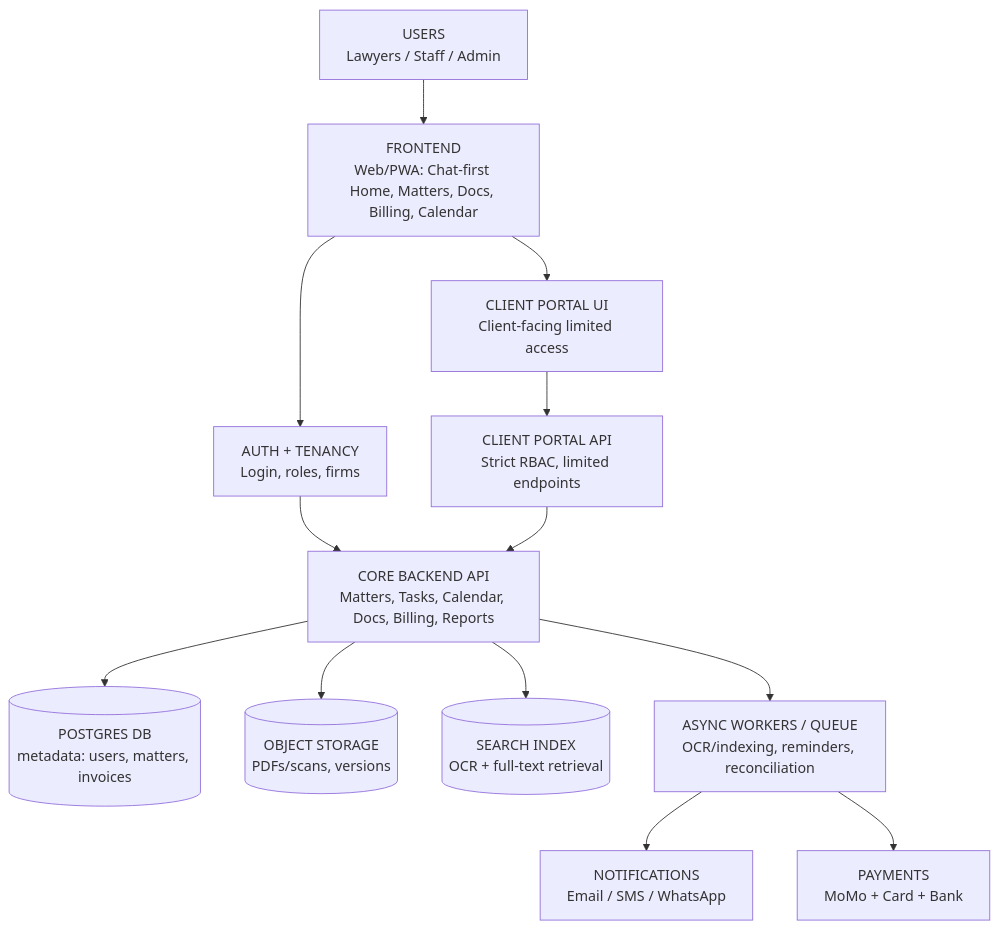
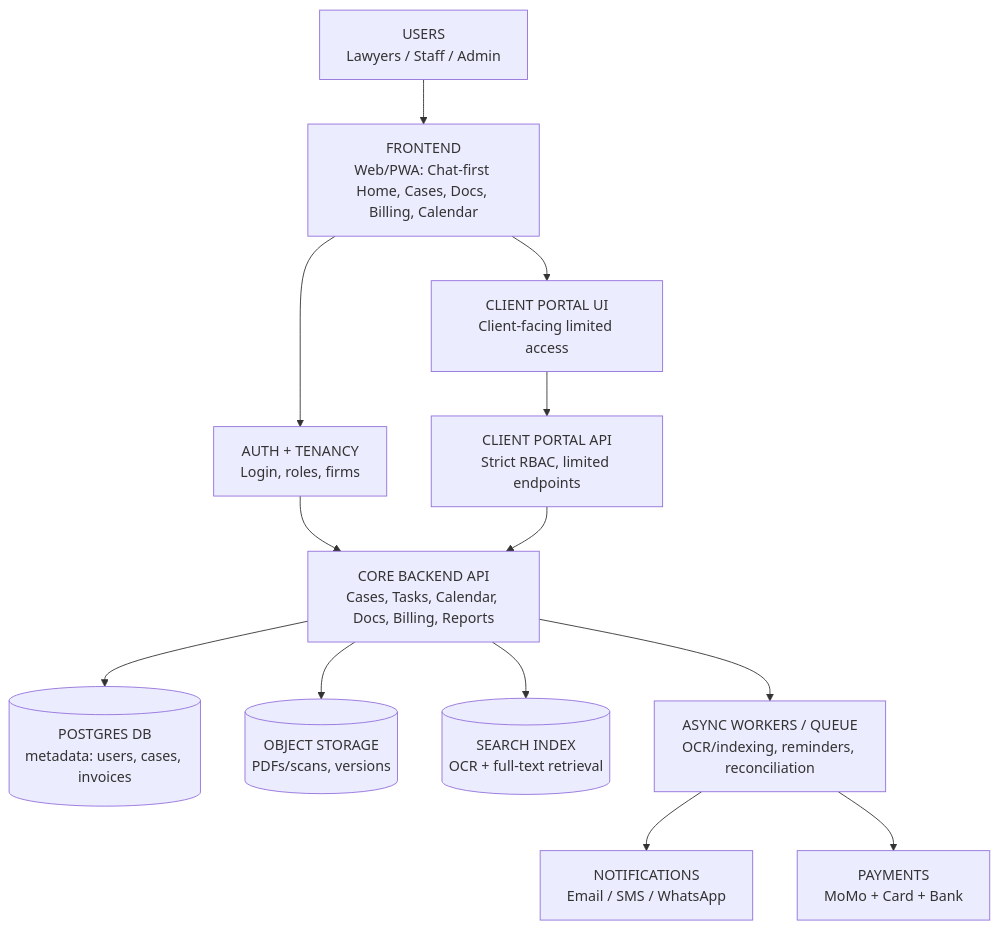
One commit to gemegah/Legal changed the first of 6 diagrams in system.md. Above: the diagram before and after it, drawn with Mermaid. The commit also changed other lines of this file and 135 other files, not shown here.

Commit message:
refactor: rename matters to cases across product surface

````diff
--- a/system.md
+++ b/system.md
@@ -60,19 +60,19 @@
 ```mermaid
 flowchart TD
-  U[USERS<br/>Lawyers / Staff / Admin] --> FE[FRONTEND<br/>Web/PWA: Chat-first Home, Matters, Docs, Billing, Calendar]
+  U[USERS<br/>Lawyers / Staff / Admin] --> FE[FRONTEND<br/>Web/PWA: Chat-first Home, Cases, Docs, Billing, Calendar]
   FE --> AUTH[AUTH + TENANCY<br/>Login, roles, firms]
   FE --> CPA[CLIENT PORTAL UI<br/>Client-facing limited access]
 
-  AUTH --> API[CORE BACKEND API<br/>Matters, Tasks, Calendar, Docs, Billing, Reports]
+  AUTH --> API[CORE BACKEND API<br/>Cases, Tasks, Calendar, Docs, Billing, Reports]
   CPA --> CPAPI[CLIENT PORTAL API<br/>Strict RBAC, limited endpoints]
   CPAPI --> API
 
-  API --> DB[(POSTGRES DB<br/>metadata: users, matters, invoices)]
+  API --> DB[(POSTGRES DB<br/>metadata: users, cases, invoices)]
   API --> OS[(OBJECT STORAGE<br/>PDFs/scans, versions)]
   API --> SI[(SEARCH INDEX<br/>OCR + full-text retrieval)]
 
   API --> Q[ASYNC WORKERS / QUEUE<br/>OCR/indexing, reminders, reconciliation]
 
   Q --> N[NOTIFICATIONS<br/>Email / SMS / WhatsApp]
   Q --> P[PAYMENTS<br/>MoMo + Card + Bank]
 ```
````
